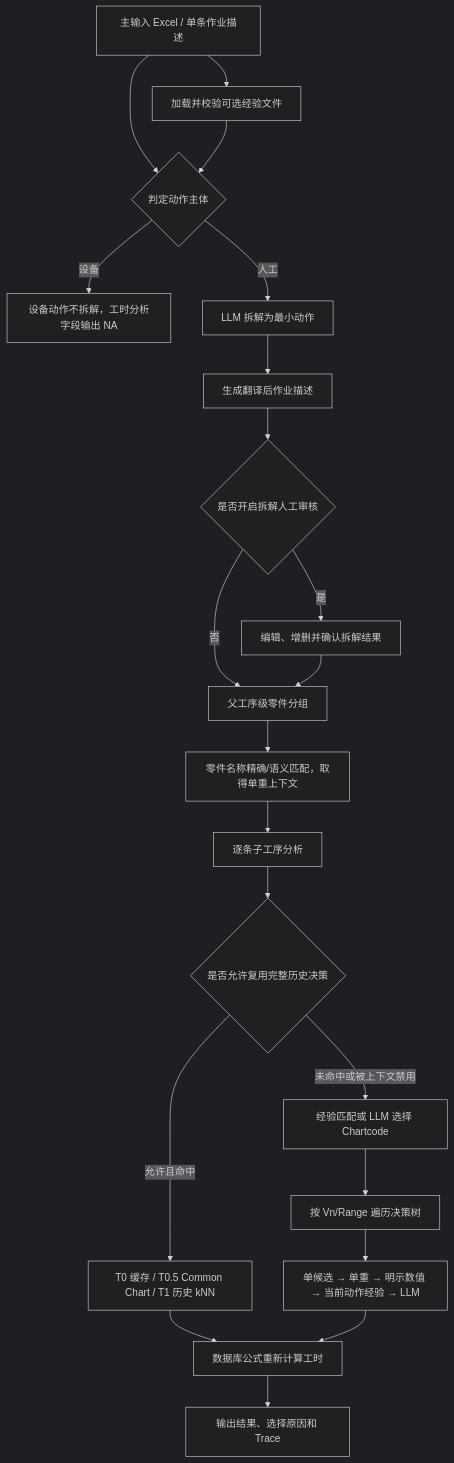
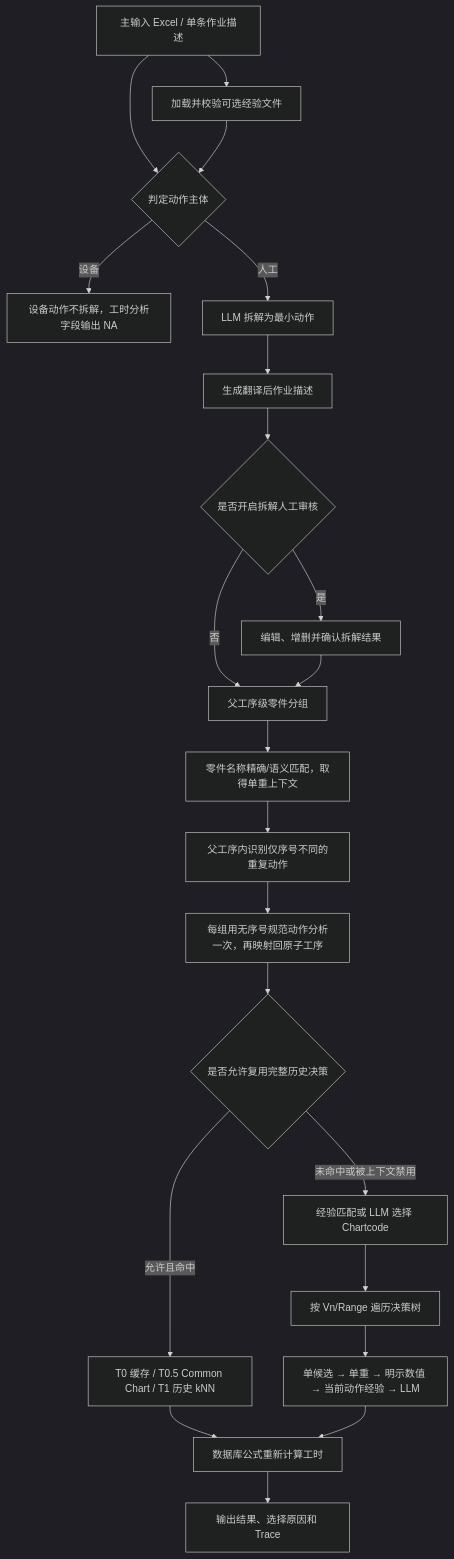
The diagram in README.md (yswang24/STDS), drawn with Mermaid (dark theme) before and after one commit. The commit also changed other lines of this file and 7 other files, not shown here.

````diff
--- a/README.md
+++ b/README.md
@@ -75,23 +76,24 @@
 ```mermaid
 flowchart TD
     INPUT["主输入 Excel / 单条作业描述"] --> EXPLOAD["加载并校验可选经验文件"]
     INPUT --> ACTOR{"判定动作主体"}
     EXPLOAD --> ACTOR
     ACTOR -->|设备| MACHINE["设备动作不拆解，工时分析字段输出 NA"]
     ACTOR -->|人工| DECOMPOSE["LLM 拆解为最小动作"]
     DECOMPOSE --> TRANSLATE["生成翻译后作业描述"]
     TRANSLATE --> REVIEW{"是否开启拆解人工审核"}
     REVIEW -->|是| EDIT["编辑、增删并确认拆解结果"]
     REVIEW -->|否| PARTGROUP["父工序级零件分组"]
     EDIT --> PARTGROUP
     PARTGROUP --> WEIGHT["零件名称精确/语义匹配，取得单重上下文"]
-    WEIGHT --> CHILD["逐条子工序分析"]
+    WEIGHT --> REPEAT["父工序内识别仅序号不同的重复动作"]
+    REPEAT --> CHILD["每组用无序号规范动作分析一次，再映射回原子工序"]
     CHILD --> FAST{"是否允许复用完整历史决策"}
     FAST -->|允许且命中| REUSE["T0 缓存 / T0.5 Common Chart / T1 历史 kNN"]
     FAST -->|未命中或被上下文禁用| CHART["经验匹配或 LLM 选择 Chartcode"]
     REUSE --> FORMULA["数据库公式重新计算工时"]
     CHART --> TRAVERSE["按 Vn/Range 遍历决策树"]
     TRAVERSE --> PICK["单候选 → 单重 → 明示数值 → 当前动作经验 → LLM"]
     PICK --> FORMULA
     FORMULA --> OUTPUT["输出结果、选择原因和 Trace"]
 ```
````
